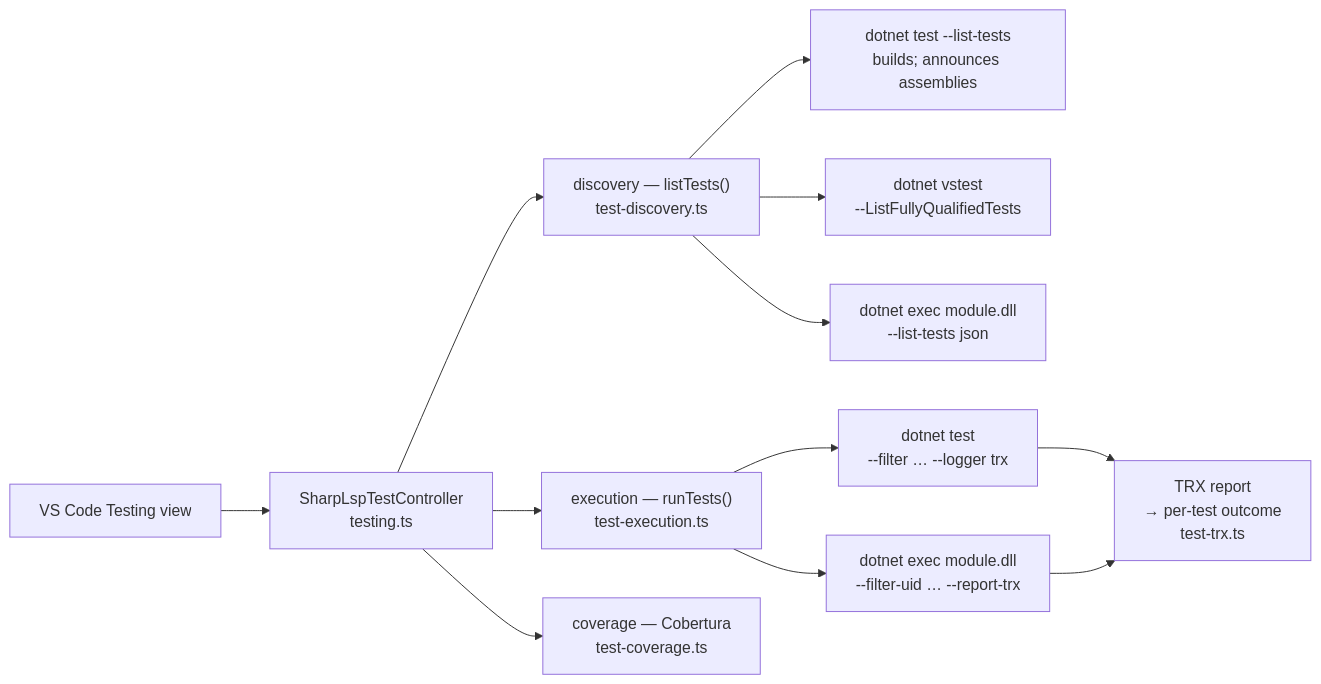
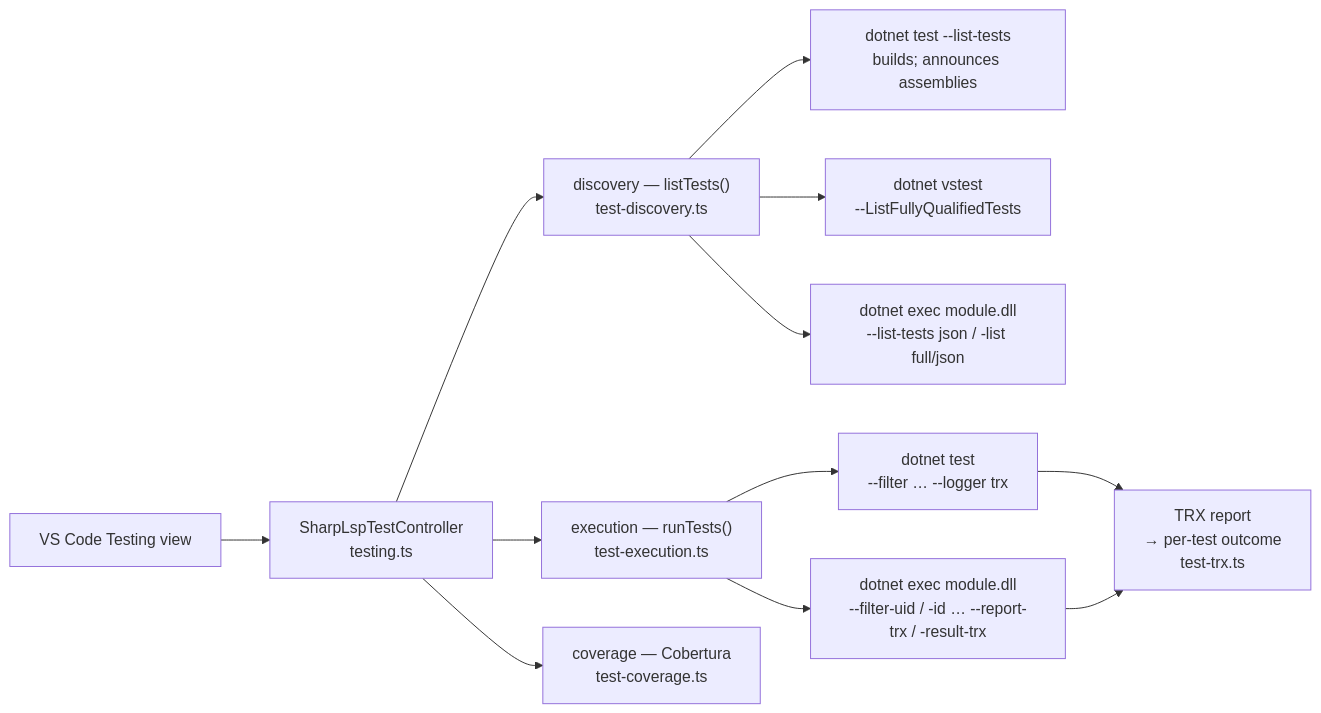
One commit to Nimblesite/SharpLsp changed the diagram in docs/specs/TEST-EXPLORER-SPEC.md. Above: the diagram before and after it, drawn with Mermaid. The commit also changed other lines of this file and 97 other files, not shown here.

````diff
--- a/docs/specs/TEST-EXPLORER-SPEC.md
+++ b/docs/specs/TEST-EXPLORER-SPEC.md
@@ -21,14 +21,14 @@
 ```mermaid
 flowchart LR
     VIEW["VS Code Testing view"] --> CONTROLLER["SharpLspTestController<br/>testing.ts"]
     CONTROLLER --> DISCOVERY["discovery — listTests()<br/>test-discovery.ts"]
     CONTROLLER --> EXECUTION["execution — runTests()<br/>test-execution.ts"]
     CONTROLLER --> COVERAGE["coverage — Cobertura<br/>test-coverage.ts"]
     DISCOVERY --> LISTTESTS["dotnet test --list-tests<br/>builds; announces assemblies"]
     DISCOVERY --> VSTEST["dotnet vstest<br/>--ListFullyQualifiedTests"]
-    DISCOVERY --> MTPLIST["dotnet exec module.dll<br/>--list-tests json"]
+    DISCOVERY --> MTPLIST["dotnet exec module.dll<br/>--list-tests json / -list full/json"]
     EXECUTION --> RUN["dotnet test<br/>--filter … --logger trx"]
-    EXECUTION --> MTPRUN["dotnet exec module.dll<br/>--filter-uid … --report-trx"]
+    EXECUTION --> MTPRUN["dotnet exec module.dll<br/>--filter-uid / -id … --report-trx / -result-trx"]
     RUN --> TRX["TRX report<br/>→ per-test outcome<br/>test-trx.ts"]
     MTPRUN --> TRX
 ```
````
